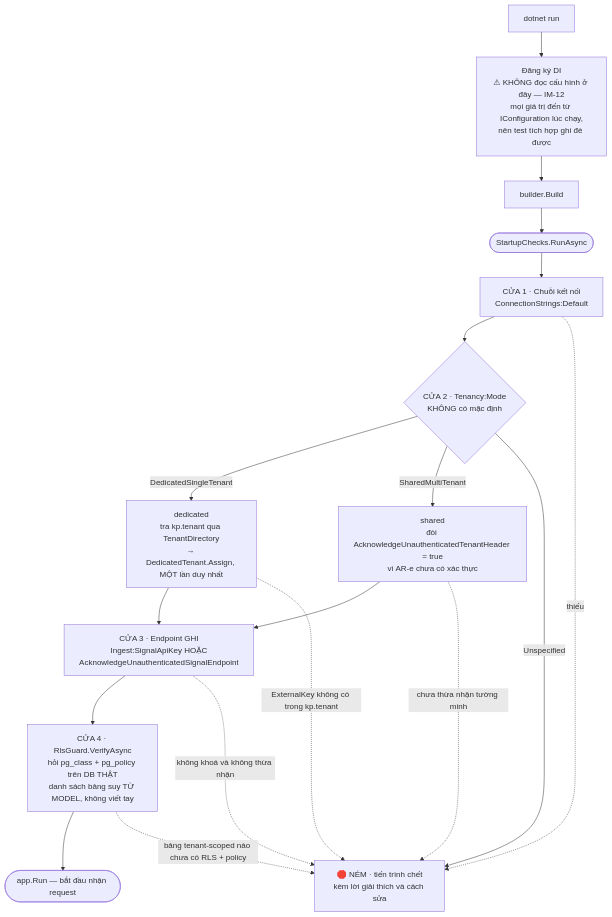
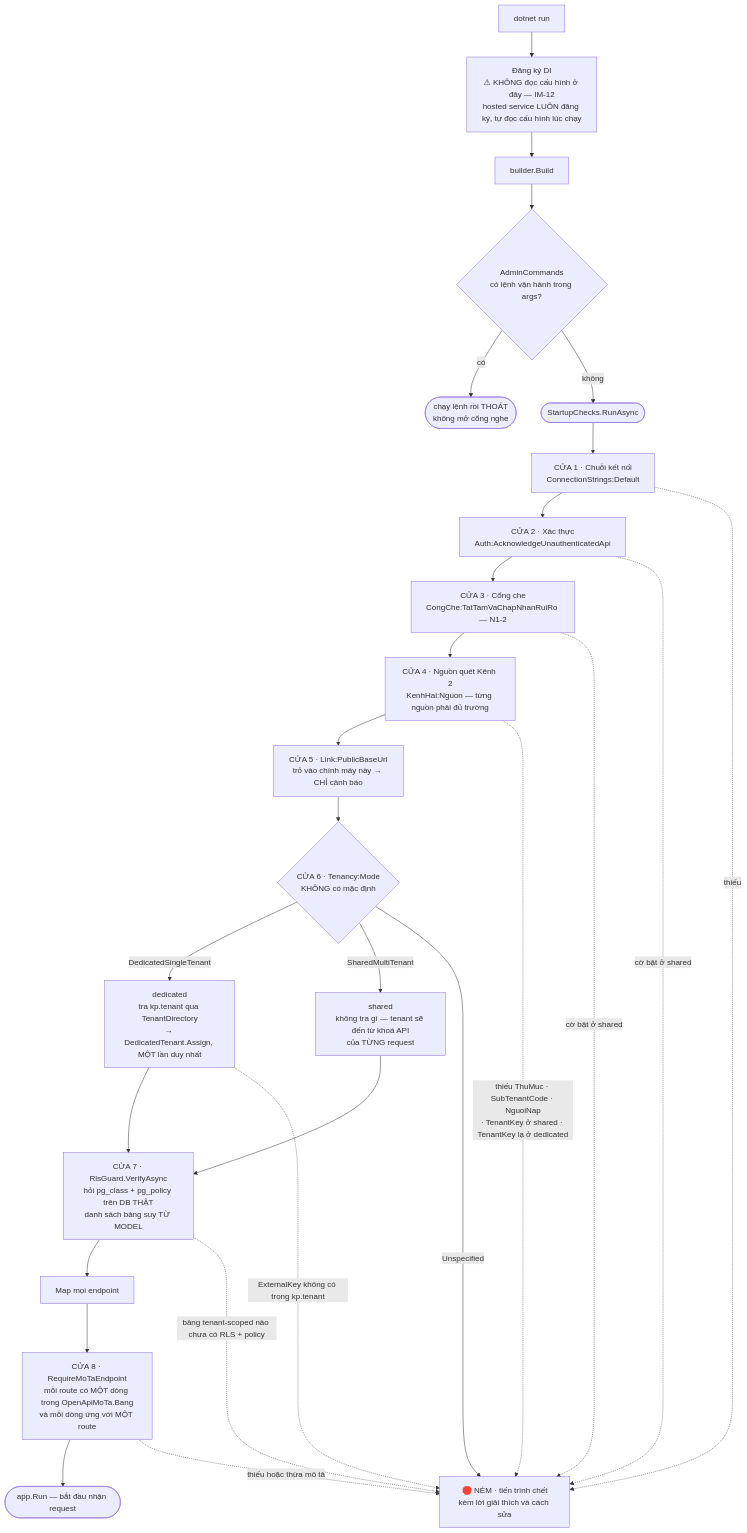
The first of 5 diagrams in docs/08_CODE_MAP.md (pvanh2706/ai-operational-platform), drawn with Mermaid before and after one commit. The commit also changed other lines of this file and 7 other files, not shown here.

First line of the commit message:
P10: tài liệu khớp code — sơ đồ luồng D→J thành ✅, docs/08 vẽ lại, hợp đồng tích hợp thêm ô mới

````diff
--- a/docs/08_CODE_MAP.md
+++ b/docs/08_CODE_MAP.md
@@ -33,31 +41,40 @@
 ```mermaid
 flowchart TD
     P0["dotnet run"]
-    P1["Đăng ký DI<br/>⚠ KHÔNG đọc cấu hình ở đây — IM-12<br/>mọi giá trị đến từ IConfiguration lúc chạy,<br/>nên test tích hợp ghi đè được"]
+    P1["Đăng ký DI<br/>⚠ KHÔNG đọc cấu hình ở đây — IM-12<br/>hosted service LUÔN đăng ký, tự đọc cấu hình lúc chạy"]
     P2["builder.Build"]
+    AC{"AdminCommands<br/>có lệnh vận hành trong args?"}
+    ACX(["chạy lệnh rồi THOÁT<br/>không mở cổng nghe"])
     S(["StartupChecks.RunAsync"])
 
     C1["CỬA 1 · Chuỗi kết nối<br/>ConnectionStrings:Default"]
-    C2{"CỬA 2 · Tenancy:Mode<br/>KHÔNG có mặc định"}
-    C2a["dedicated<br/>tra kp.tenant qua TenantDirectory<br/>→ DedicatedTenant.Assign, MỘT lần duy nhất"]
-    C2b["shared<br/>đòi AcknowledgeUnauthenticatedTenantHeader = true<br/>vì AR-e chưa có xác thực"]
-    C3["CỬA 3 · Endpoint GHI<br/>Ingest:SignalApiKey HOẶC<br/>AcknowledgeUnauthenticatedSignalEndpoint"]
-    C4["CỬA 4 · RlsGuard.VerifyAsync<br/>hỏi pg_class + pg_policy trên DB THẬT<br/>danh sách bảng suy TỪ MODEL, không viết tay"]
+    C2["CỬA 2 · Xác thực<br/>Auth:AcknowledgeUnauthenticatedApi"]
+    C3["CỬA 3 · Cổng che<br/>CongChe:TatTamVaChapNhanRuiRo — N1-2"]
+    C4["CỬA 4 · Nguồn quét Kênh 2<br/>KenhHai:Nguon — từng nguồn phải đủ trường"]
+    C5["CỬA 5 · Link:PublicBaseUrl<br/>trỏ vào chính máy này → CHỈ cảnh báo"]
+    C6{"CỬA 6 · Tenancy:Mode<br/>KHÔNG có mặc định"}
+    C6a["dedicated<br/>tra kp.tenant qua TenantDirectory<br/>→ DedicatedTenant.Assign, MỘT lần duy nhất"]
+    C6b["shared<br/>không tra gì — tenant sẽ đến từ khoá API<br/>của TỪNG request"]
+    C7["CỬA 7 · RlsGuard.VerifyAsync<br/>hỏi pg_class + pg_policy trên DB THẬT<br/>danh sách bảng suy TỪ MODEL"]
+    MAP["Map mọi endpoint"]
+    C8["CỬA 8 · RequireMoTaEndpoint<br/>mỗi route có MỘT dòng trong OpenApiMoTa.Bang<br/>và mỗi dòng ứng với MỘT route"]
 
     OK(["app.Run — bắt đầu nhận request"])
     X["🛑 NÉM · tiến trình chết<br/>kèm lời giải thích và cách sửa"]
 
-    P0 --> P1 --> P2 --> S --> C1 --> C2
-    C2 -->|DedicatedSingleTenant| C2a
-    C2 -->|SharedMultiTenant| C2b
-    C2 -->|Unspecified| X
-    C2a --> C3
-    C2b --> C3
-    C3 --> C4 --> OK
+    P0 --> P1 --> P2 --> AC
+    AC -->|có| ACX
+    AC -->|không| S --> C1 --> C2 --> C3 --> C4 --> C5 --> C6
+    C6 -->|DedicatedSingleTenant| C6a --> C7
+    C6 -->|SharedMultiTenant| C6b --> C7
+    C6 -->|Unspecified| X
+    C7 --> MAP --> C8 --> OK
 
     C1 -.->|thiếu| X
-    C2a -.->|ExternalKey không có trong kp.tenant| X
-    C2b -.->|chưa thừa nhận tường minh| X
-    C3 -.->|không khoá và không thừa nhận| X
-    C4 -.->|bảng tenant-scoped nào chưa có RLS + policy| X
+    C2 -.->|cờ bật ở shared| X
+    C3 -.->|cờ bật ở shared| X
+    C4 -.->|thiếu ThuMuc · SubTenantCode · NguoiNap<br/>· TenantKey ở shared · TenantKey lạ ở dedicated| X
+    C6a -.->|ExternalKey không có trong kp.tenant| X
+    C7 -.->|bảng tenant-scoped nào chưa có RLS + policy| X
+    C8 -.->|thiếu hoặc thừa mô tả| X
 ```
````
